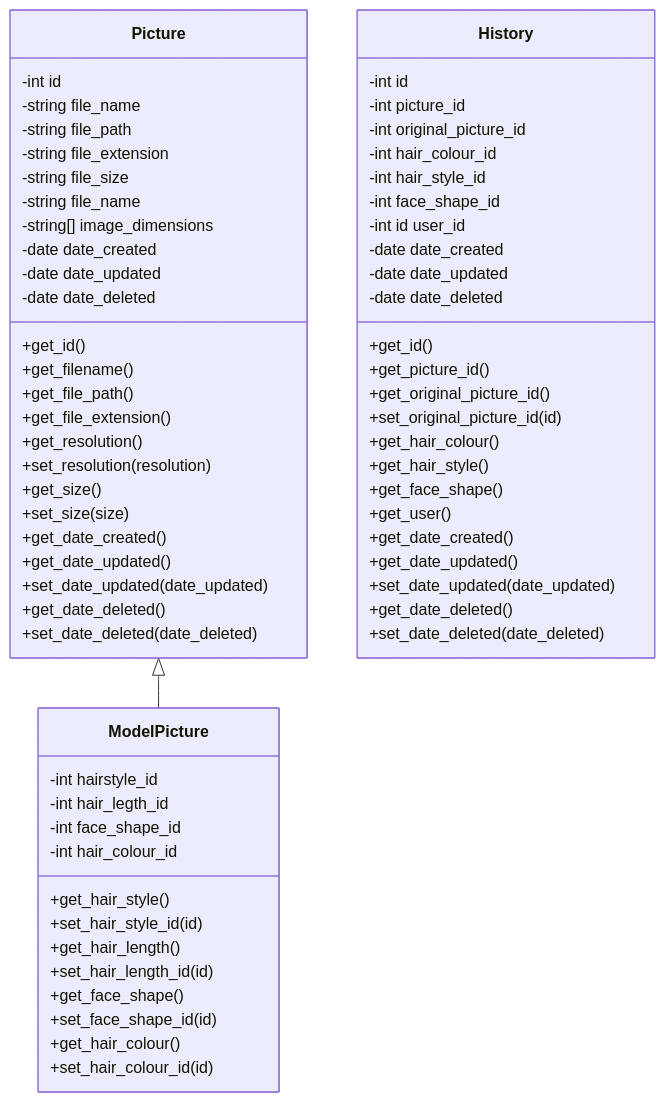
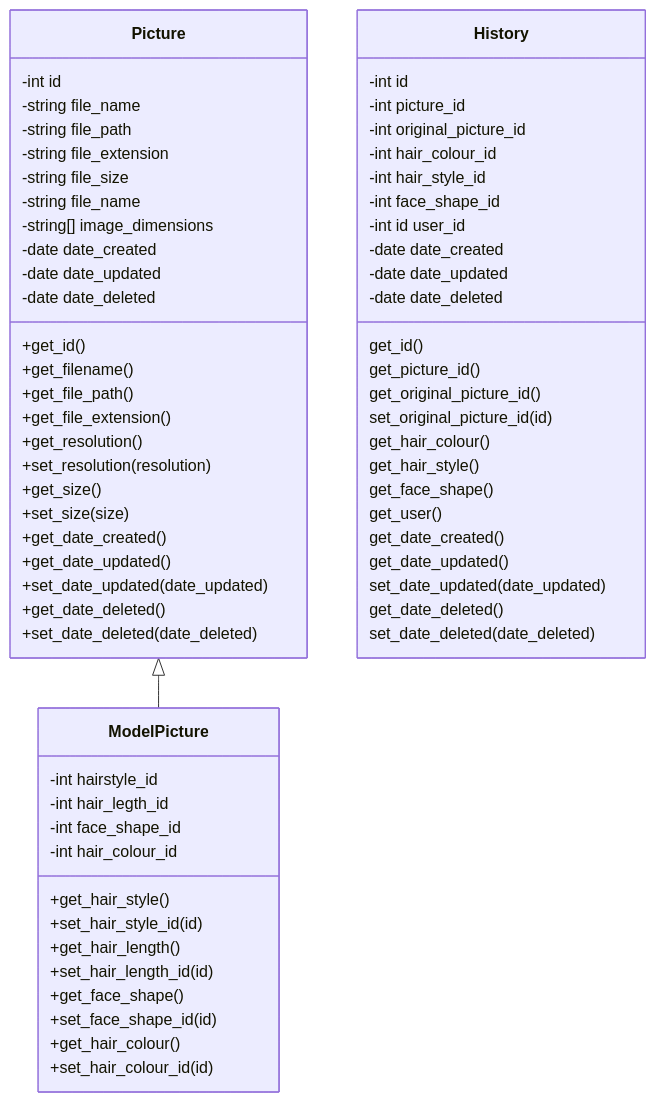
The first of 3 diagrams in Backend/PicturesAPI/design.md (HairdressingProject/styleme), drawn with Mermaid before and after one commit. The commit also changed other lines of this file, not shown here.

Commit message:
updated class diagrams

````diff
--- a/Backend/PicturesAPI/design.md
+++ b/Backend/PicturesAPI/design.md
@@ -7,76 +7,76 @@
 ```mermaid
 classDiagram
       Picture <|-- ModelPicture
 
     class Picture{
           -int id
           -string file_name
           -string file_path
           -string file_extension
           -string file_size
           -string file_name
           -string[] image_dimensions
           -date date_created
           -date date_updated
           -date date_deleted
           +get_id()
           +get_filename()
           +get_file_path()
           +get_file_extension()
           +get_resolution()
           +set_resolution(resolution)
           +get_size()
           +set_size(size)
           +get_date_created()
           +get_date_updated()
           +set_date_updated(date_updated)
           +get_date_deleted()
           +set_date_deleted(date_deleted)
       }
       
       class ModelPicture{
           -int hairstyle_id
           -int hair_legth_id
           -int face_shape_id
           -int hair_colour_id
           +get_hair_style()
           +set_hair_style_id(id)
           +get_hair_length()
           +set_hair_length_id(id)
           +get_face_shape()
           +set_face_shape_id(id)
           +get_hair_colour()
           +set_hair_colour_id(id)
           
       }
       
       class History{
           -int id
           -int picture_id
           -int original_picture_id
           -int hair_colour_id
           -int hair_style_id
           -int face_shape_id
           -int id user_id
           -date date_created
           -date date_updated
           -date date_deleted
-          +get_id()
-          +get_picture_id()
-          +get_original_picture_id()
-          +set_original_picture_id(id)
-          +get_hair_colour()
-          +get_hair_style()
-          +get_face_shape()
-          +get_user()
-          +get_date_created()
-          +get_date_updated()
-          +set_date_updated(date_updated)
-          +get_date_deleted()
-          +set_date_deleted(date_deleted)
+          get_id()
+          get_picture_id()
+          get_original_picture_id()
+          set_original_picture_id(id)
+          get_hair_colour()
+          get_hair_style()
+          get_face_shape()
+          get_user()
+          get_date_created()
+          get_date_updated()
+          set_date_updated(date_updated)
+          get_date_deleted()
+          set_date_deleted(date_deleted)
           
       }
       
 
 
 ```
````
